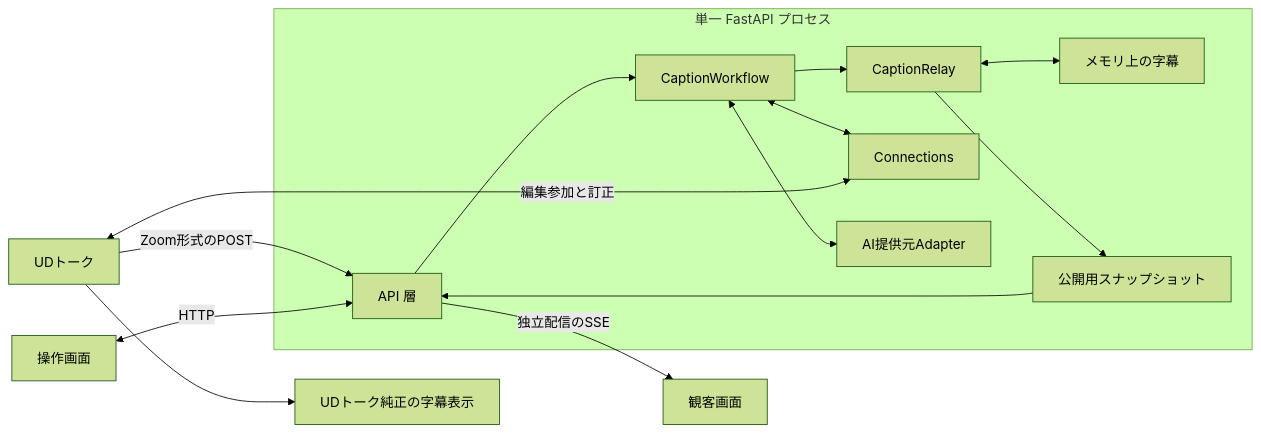
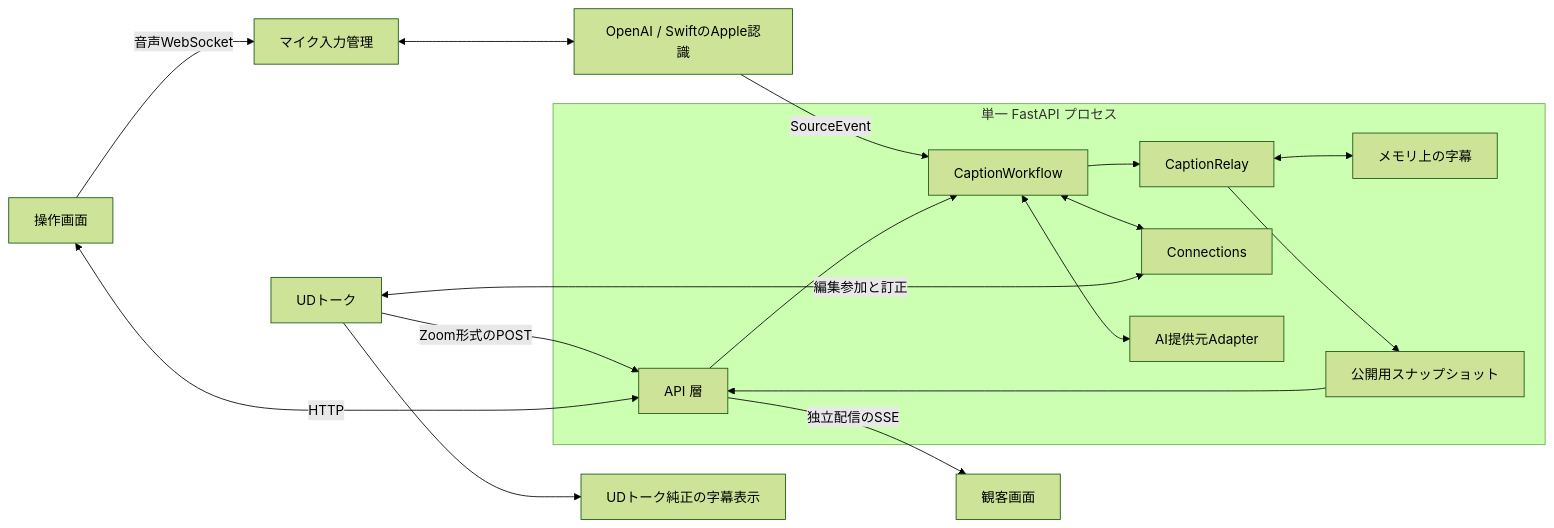
The diagram in ARCHITECTURE.md (shiftone-ai/caption-relay), drawn with Mermaid (forest theme) before and after one commit. The commit also changed other lines of this file and 56 other files, not shown here.

````diff
--- a/ARCHITECTURE.md
+++ b/ARCHITECTURE.md
@@ -32,17 +35,20 @@
 ```mermaid
 flowchart LR
     ud[UDトーク] -->|Zoom形式のPOST| api
     operator[操作画面] <-->|HTTP| api
+    operator -->|音声WebSocket| microphone[マイク入力管理]
+    microphone <--> recognition[OpenAI / SwiftのApple認識]
+    recognition -->|SourceEvent| workflow
     subgraph server[単一 FastAPI プロセス]
         api[API 層] --> workflow[CaptionWorkflow]
         workflow --> relay[CaptionRelay]
         workflow <--> connections[Connections]
         workflow <--> ai[AI提供元Adapter]
         relay <--> state[メモリ上の字幕]
         relay --> snapshot[公開用スナップショット]
         snapshot --> api
     end
     connections <-->|編集参加と訂正| ud
     api -->|独立配信のSSE| audience[観客画面]
     ud --> native[UDトーク純正の字幕表示]
 ```
````
